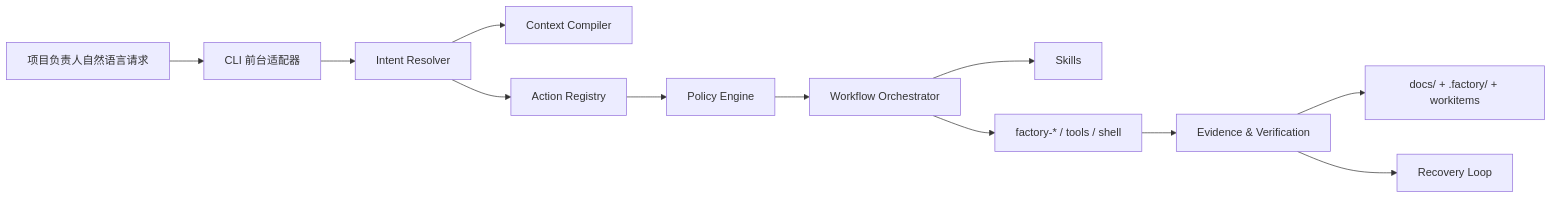
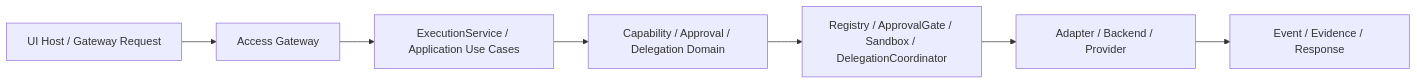
Before and after one commit to uroborus2s/shanforge: the diagram in docs/04-project-development/04-design/action-registry-and-autonomy-policy.md, drawn with Mermaid. The commit also changed other lines of this file and 258 other files, not shown here.

````diff
--- a/docs/04-project-development/04-design/action-registry-and-autonomy-policy.md
+++ b/docs/04-project-development/04-design/action-registry-and-autonomy-policy.md
@@ -124,14 +54,17 @@
 ```mermaid
 flowchart LR
-    User["项目负责人自然语言请求"] --> Frontend["CLI 前台适配器"]
-    Frontend --> Intent["Intent Resolver"]
-    Intent --> Context["Context Compiler"]
-    Intent --> Registry["Action Registry"]
-    Registry --> Policy["Policy Engine"]
-    Policy --> Workflow["Workflow Orchestrator"]
-    Workflow --> Skills["Skills"]
-    Workflow --> Scripts["factory-* / tools / shell"]
-    Scripts --> Evidence["Evidence & Verification"]
-    Evidence --> State["docs/ + .factory/ + workitems"]
-    Evidence --> Recovery["Recovery Loop"]
+    HOST["UI Host / Gateway Request"]
+    ACCESS["Access Gateway"]
+    APP["ExecutionService / Application Use Cases"]
+    CAP_DOMAIN["Capability / Approval / Delegation Domain"]
+    RUNTIME["Registry / ApprovalGate / Sandbox / DelegationCoordinator"]
+    SETTINGS["Adapter / Backend / Provider"]
+    EVIDENCE["Event / Evidence / Response"]
+
+    HOST --> ACCESS
+    ACCESS --> APP
+    APP --> CAP_DOMAIN
+    CAP_DOMAIN --> RUNTIME
+    RUNTIME --> SETTINGS
+    SETTINGS --> EVIDENCE
 ```
````
